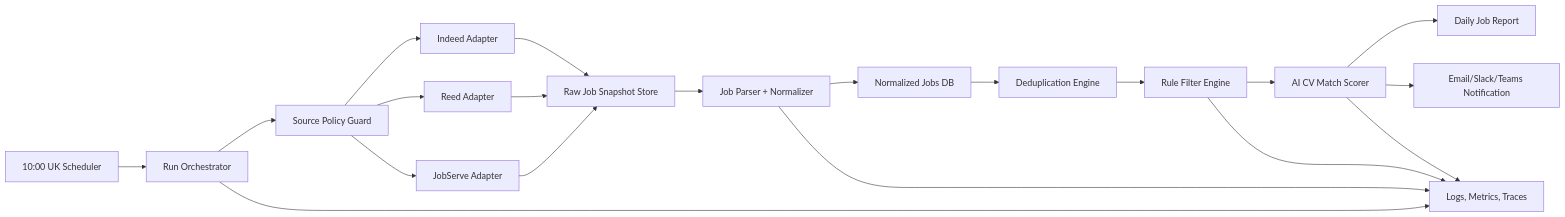
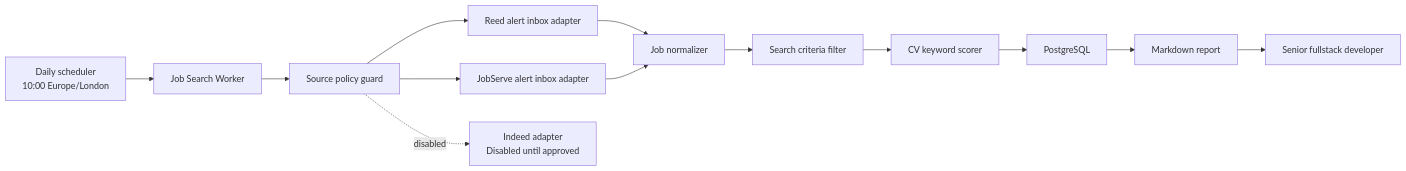
One commit to ekanatha-urivakili/AiJobSearchAgent changed the first of 7 diagrams in docs/job-search-agent-architecture.md. Above: the diagram before and after it, drawn with Mermaid. The commit also changed other lines of this file and 21 other files, not shown here.

````diff
--- a/docs/job-search-agent-architecture.md
+++ b/docs/job-search-agent-architecture.md
@@ -99,25 +18,15 @@
 ```mermaid
 flowchart LR
-    Scheduler["10:00 UK Scheduler"] --> Orchestrator["Run Orchestrator"]
-    Orchestrator --> SourcePolicy["Source Policy Guard"]
-    SourcePolicy --> IndeedAdapter["Indeed Adapter"]
-    SourcePolicy --> ReedAdapter["Reed Adapter"]
-    SourcePolicy --> JobServeAdapter["JobServe Adapter"]
-
-    IndeedAdapter --> RawStore["Raw Job Snapshot Store"]
-    ReedAdapter --> RawStore
-    JobServeAdapter --> RawStore
-
-    RawStore --> Parser["Job Parser + Normalizer"]
-    Parser --> NormalizedDb["Normalized Jobs DB"]
-    NormalizedDb --> Deduper["Deduplication Engine"]
-    Deduper --> Filter["Rule Filter Engine"]
-    Filter --> Scorer["AI CV Match Scorer"]
-    Scorer --> Report["Daily Job Report"]
-    Scorer --> Alerts["Email/Slack/Teams Notification"]
-
-    Orchestrator --> Observability["Logs, Metrics, Traces"]
-    Parser --> Observability
-    Filter --> Observability
-    Scorer --> Observability
+    Scheduler["Daily scheduler\n10:00 Europe/London"] --> Worker["Job Search Worker"]
+    Worker --> PolicyGuard["Source policy guard"]
+    PolicyGuard --> Reed["Reed alert inbox adapter"]
+    PolicyGuard --> JobServe["JobServe alert inbox adapter"]
+    PolicyGuard -. disabled .-> Indeed["Indeed adapter\nDisabled until approved"]
+    Reed --> Normalizer["Job normalizer"]
+    JobServe --> Normalizer
+    Normalizer --> Filter["Search criteria filter"]
+    Filter --> Scorer["CV keyword scorer"]
+    Scorer --> Store["PostgreSQL"]
+    Store --> Report["Markdown report"]
+    Report --> User["Senior fullstack developer"]
 ```
````
